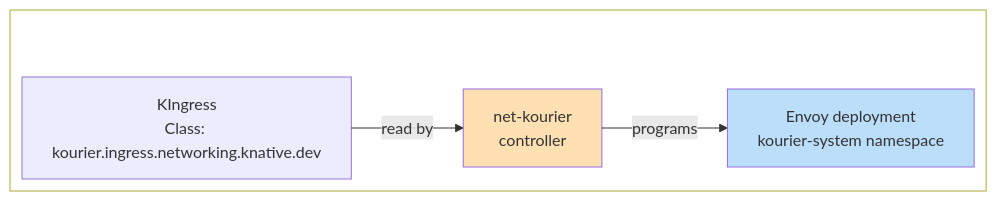
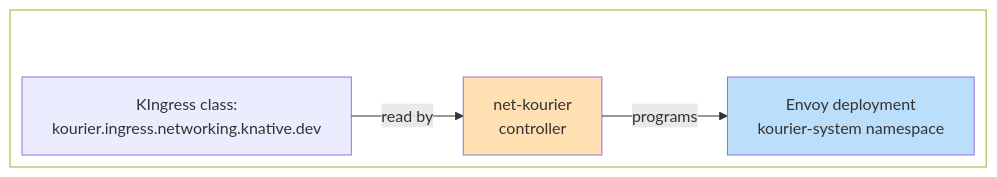
One commit to knative/docs changed the second of 6 diagrams in docs/versioned/serving/config-network-adapters.md. Above: the diagram before and after it, drawn with Mermaid. The commit also changed other lines of this file, not shown here.

````diff
--- a/docs/versioned/serving/config-network-adapters.md
+++ b/docs/versioned/serving/config-network-adapters.md
@@ -43,20 +43,20 @@
     ```mermaid
     ---
     config:
       layout: elk
       theme: default
     ---
     flowchart LR
      subgraph bottom[" "]
         direction LR
             envoy["Envoy deployment<br>kourier-system namespace"]
             kourier["net-kourier<br>controller"]
-            kingress2["KIngress<br>Class: kourier.ingress.networking.knative.dev"]
+            kingress2["KIngress class:<br>kourier.ingress.networking.knative.dev"]
       end
         kingress2 -- read by --> kourier
         kourier -- programs --> envoy
     
         style envoy fill:#BBDEFB
         style kourier fill:#FFE0B2
         style bottom fill:transparent
     ```
````
